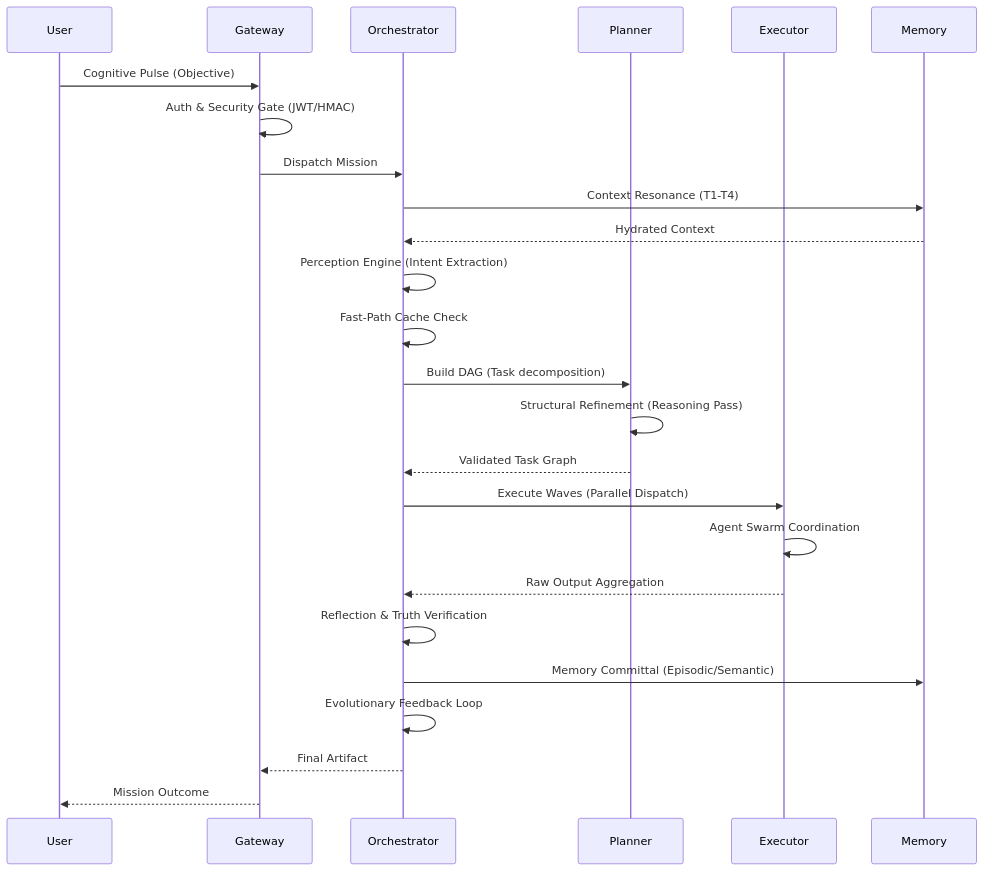
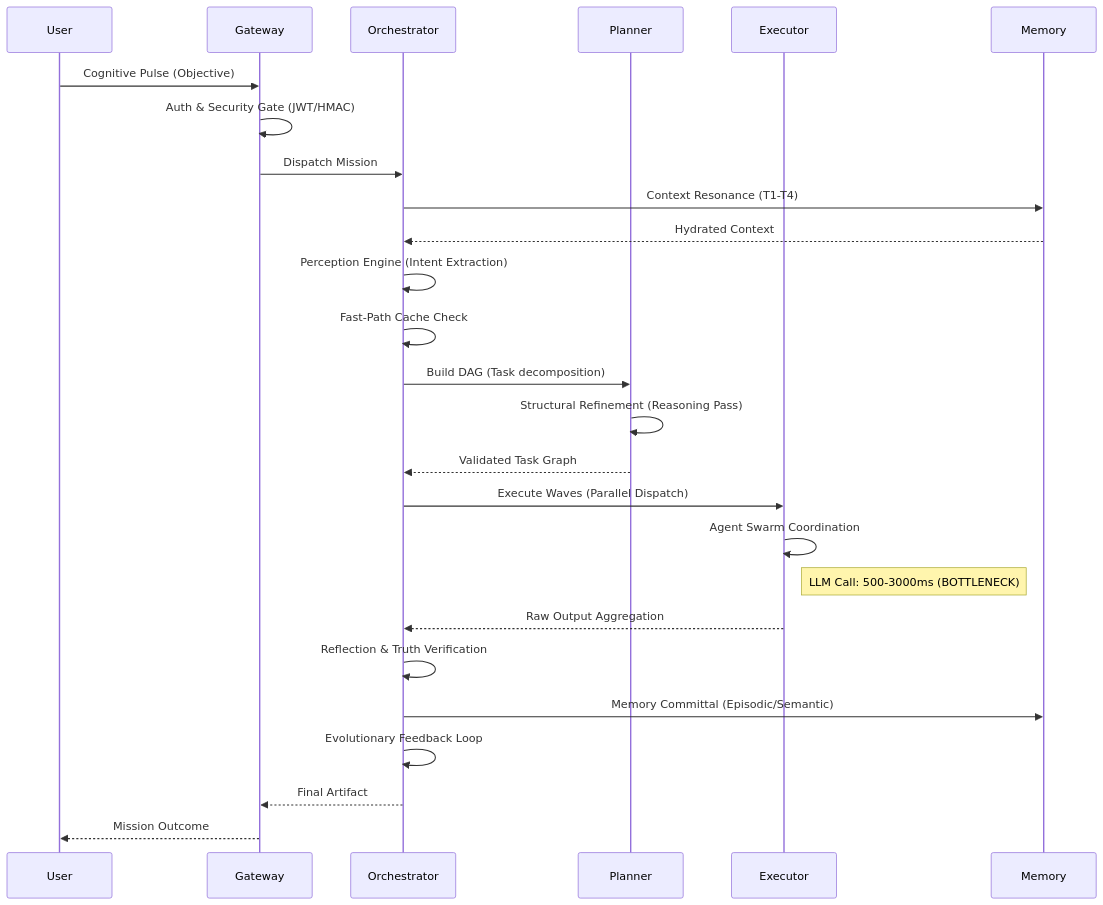
The third of 6 diagrams in README.md (Blackdrg/levi-ai-innovate), drawn with Mermaid before and after one commit. The commit also changed other lines of this file and 42 other files, not shown here.

````diff
--- a/README.md
+++ b/README.md
@@ -260,28 +479,29 @@
 ```mermaid
 sequenceDiagram
     participant U as User
     participant G as Gateway
     participant O as Orchestrator
     participant P as Planner
     participant E as Executor
     participant M as Memory
 
     U->>G: Cognitive Pulse (Objective)
     G->>G: Auth & Security Gate (JWT/HMAC)
     G->>O: Dispatch Mission
     O->>M: Context Resonance (T1-T4)
     M-->>O: Hydrated Context
     O->>O: Perception Engine (Intent Extraction)
     O->>O: Fast-Path Cache Check
     O->>P: Build DAG (Task decomposition)
     P->>P: Structural Refinement (Reasoning Pass)
     P-->>O: Validated Task Graph
     O->>E: Execute Waves (Parallel Dispatch)
     E->>E: Agent Swarm Coordination
+    Note right of E: LLM Call: 500-3000ms (BOTTLENECK)
     E-->>O: Raw Output Aggregation
     O->>O: Reflection & Truth Verification
     O->>M: Memory Committal (Episodic/Semantic)
     O->>O: Evolutionary Feedback Loop
     O-->>G: Final Artifact
     G-->>U: Mission Outcome
 ```
````
